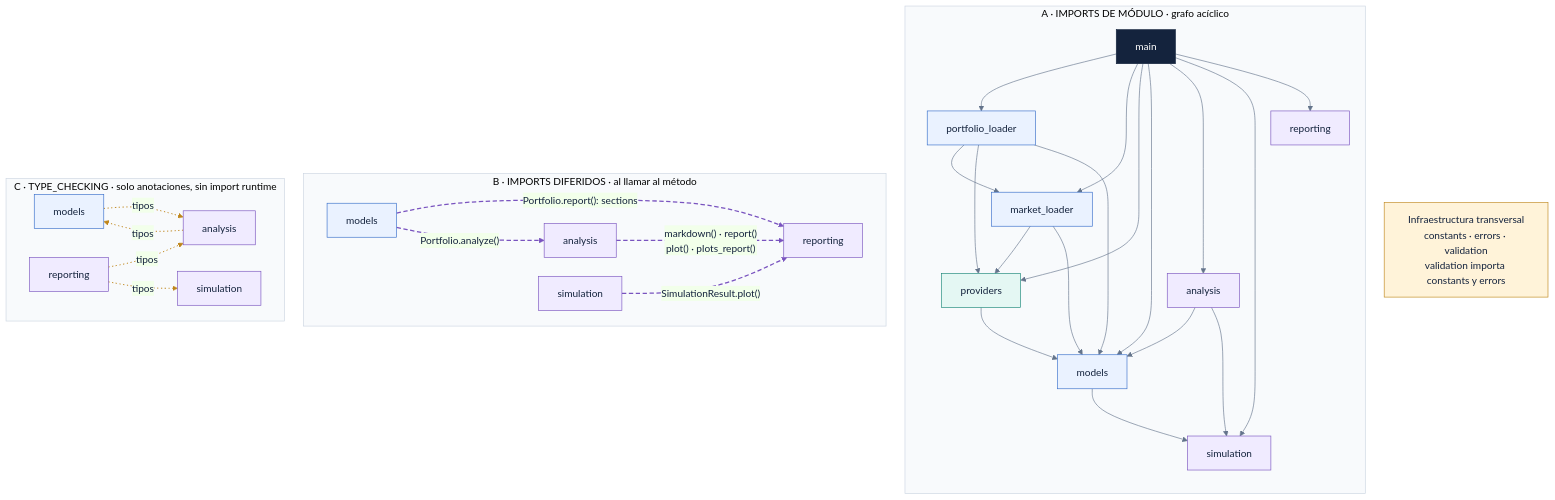
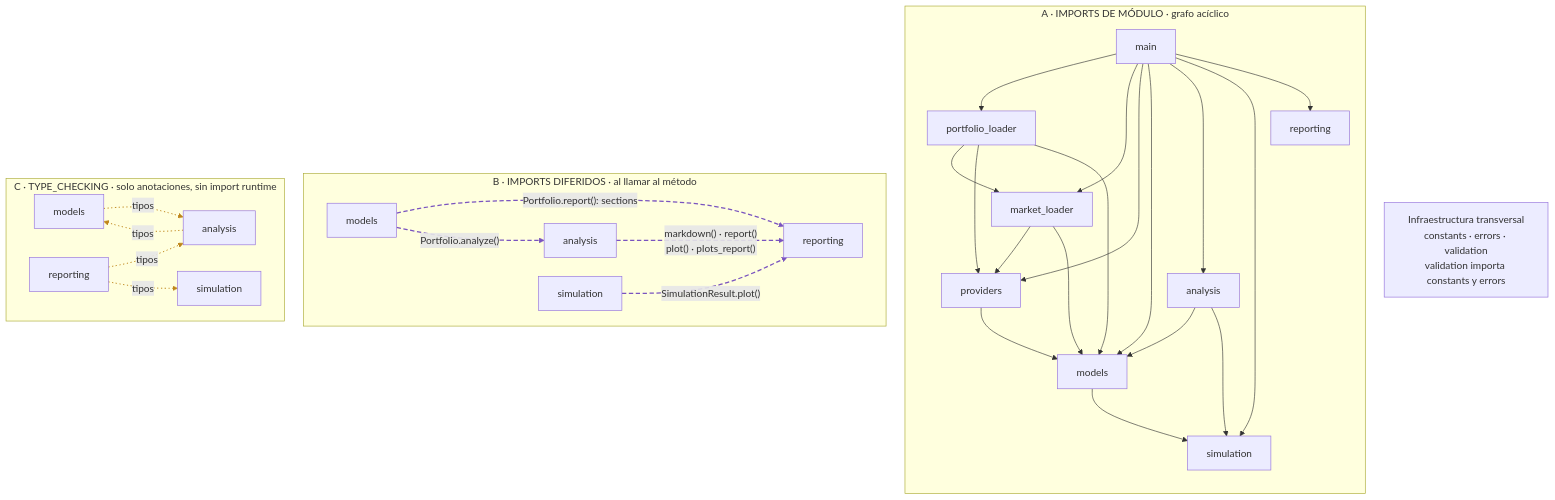
One commit to Diegopasfer1909/tallerb1-t1-equipo7 changed the diagram in diagramas/05-dependencias.mmd. Above: the diagram before and after it, drawn with Mermaid. The commit also changed 7 other files, not shown here.

Commit message:
Integración de diagramas

```diff
--- a/diagramas/05-dependencias.mmd
+++ b/diagramas/05-dependencias.mmd
@@ -1,78 +1,73 @@
 %% Imports internos extraídos del AST. Tres vistas separadas evitan confundir
 %% importación al cargar un módulo, importación al llamar y anotaciones de tipos.
-%%{init: {"theme":"base","themeVariables":{"fontFamily":"Segoe UI, Arial, sans-serif","primaryColor":"#EAF2FF","primaryTextColor":"#14233D","primaryBorderColor":"#356CC9","lineColor":"#64748B","clusterBkg":"#F8FAFC","clusterBorder":"#CBD5E1"},"flowchart":{"curve":"basis","nodeSpacing":30,"rankSpacing":50}}}%%
+%%{init: {"flowchart":{"curve":"basis","nodeSpacing":30,"rankSpacing":50}}}%%
 flowchart TB
     accTitle: B1-T1 · Dependencias entre paquetes
     accDescr: Imports de módulo sin ciclos, imports diferidos de conveniencia e imports exclusivos de TYPE_CHECKING.
     subgraph MODULE["A · IMPORTS DE MÓDULO · grafo acíclico"]
         direction TB
-        M["main"]:::navy
-        PL["portfolio_loader"]:::blue
-        ML["market_loader"]:::blue
-        P["providers"]:::teal
-        D["models"]:::blue
-        A["analysis"]:::violet
-        S["simulation"]:::violet
-        R["reporting"]:::violet
+        M["main"]
+        PL["portfolio_loader"]
+        ML["market_loader"]
+        P["providers"]
+        D["models"]
+        A["analysis"]
+        S["simulation"]
+        R["reporting"]
         M --> PL
         M --> ML
         M --> P
         M --> D
         M --> A
         M --> S
         M --> R
         PL --> ML
         PL --> P
         PL --> D
         ML --> P
         ML --> D
         P --> D
         A --> D
         A --> S
         D --> S
     end
     subgraph DEFERRED["B · IMPORTS DIFERIDOS · al llamar al método"]
         direction LR
-        DD["models"]:::blue
-        DA["analysis"]:::violet
-        DS["simulation"]:::violet
-        DR["reporting"]:::violet
+        DD["models"]
+        DA["analysis"]
+        DS["simulation"]
+        DR["reporting"]
         DD -. "Portfolio.analyze()" .-> DA
         DD -. "Portfolio.report(): sections" .-> DR
         DA -. "markdown() · report()<br/>plot() · plots_report()" .-> DR
         DS -. "SimulationResult.plot()" .-> DR
     end
     subgraph TYPES["C · TYPE_CHECKING · solo anotaciones, sin import runtime"]
         direction LR
-        TD["models"]:::blue
-        TA["analysis"]:::violet
-        TS["simulation"]:::violet
-        TR["reporting"]:::violet
+        TD["models"]
+        TA["analysis"]
+        TS["simulation"]
+        TR["reporting"]
         TD -. "tipos" .-> TA
         TA -. "tipos" .-> TD
         TR -. "tipos" .-> TA
         TR -. "tipos" .-> TS
     end
-    CORE["Infraestructura transversal<br/>constants · errors · validation<br/>validation importa constants y errors"]:::amber
-    classDef navy fill:#14233D,stroke:#14233D,color:#FFFFFF;
-    classDef blue fill:#EAF2FF,stroke:#356CC9,color:#14233D;
-    classDef teal fill:#E4F7F3,stroke:#168575,color:#14233D;
-    classDef violet fill:#F0EBFF,stroke:#7953BF,color:#14233D;
-    classDef amber fill:#FFF3D9,stroke:#BF861B,color:#14233D;
+    CORE["Infraestructura transversal<br/>constants · errors · validation<br/>validation importa constants y errors"]
     linkStyle 16,17,18,19 stroke:#7953BF,stroke-width:2px,stroke-dasharray:7 4;
     linkStyle 20,21,22,23 stroke:#BF861B,stroke-width:1.5px,stroke-dasharray:2 4;
 
 %% Imports transversales omitidos visualmente:
 %% origen           | constants | errors | validation
 %% main             | sí        | sí     | sí
 %% portfolio_loader | sí        | no     | sí
 %% market_loader    | sí        | sí     | no
 %% providers        | sí        | sí     | sí
 %% models           | sí        | sí     | sí
 %% analysis         | sí        | sí     | sí
 %% simulation       | sí        | sí     | sí
 %% reporting        | sí        | sí     | sí
 %% validation       | sí        | sí     | --
 %% constants y errors no importan otros paquetes internos.
 %% 4 aristas diferidas = 7 sentencias de importación.
 %% Los imports internos dentro del mismo paquete no se representan.
```
